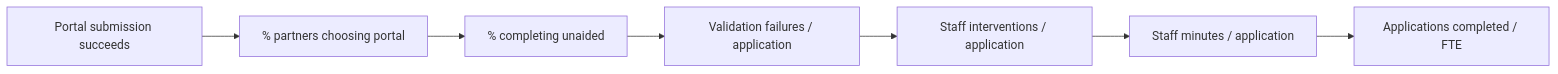
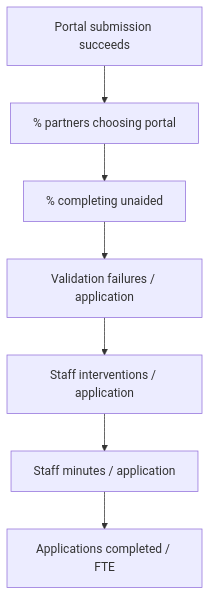
Before and after one commit to cloud-awesome/cloudawesome-docs: the second of 2 diagrams in docs/benefits-architecture/examples/external-partner-portal.md, drawn with Mermaid. The commit also changed other lines of this file and 13 other files, not shown here.

Commit message:
Initial v0.1 of Benefits Architecture toolkit

````diff
--- a/docs/benefits-architecture/examples/external-partner-portal.md
+++ b/docs/benefits-architecture/examples/external-partner-portal.md
@@ -172,12 +183,12 @@
 ```mermaid
-flowchart LR
+flowchart TD
     A[Portal submission succeeds]
     B[% partners choosing portal]
     C[% completing unaided]
     D[Validation failures / application]
     E[Staff interventions / application]
     F[Staff minutes / application]
     G[Applications completed / FTE]
 
     A --> B --> C --> D --> E --> F --> G
 ```
````
